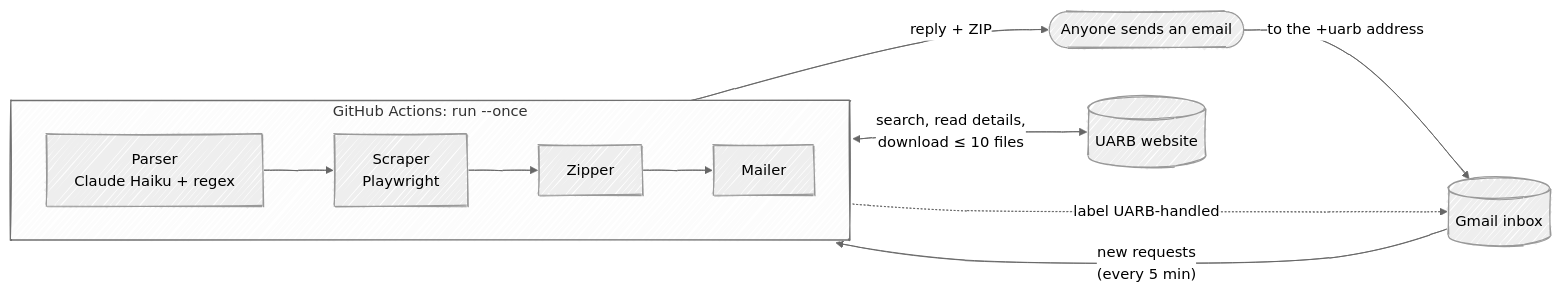
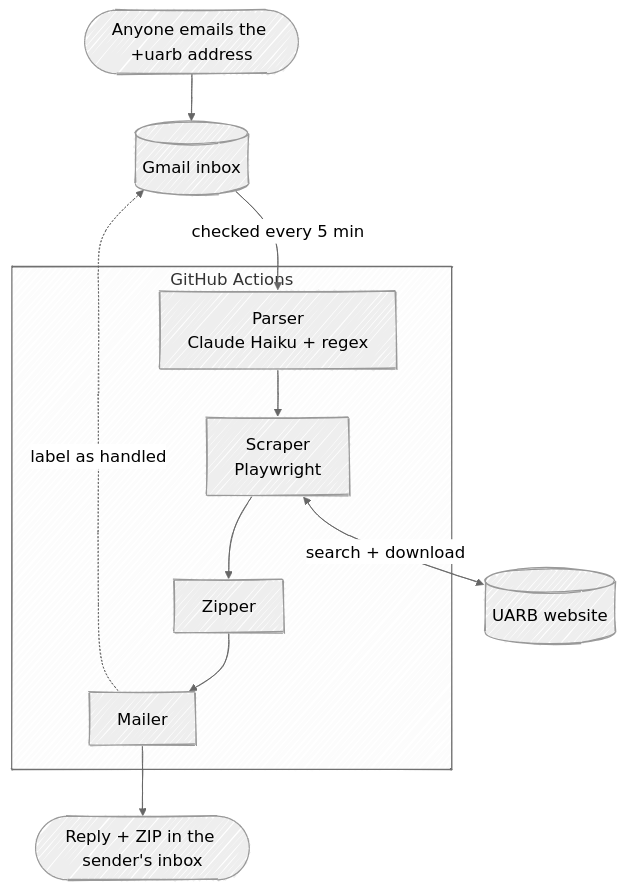
Before and after one commit to frankchen06/Regulatory-Agent-Takehome: the diagram in README.md, drawn with Mermaid.

````diff
--- a/README.md
+++ b/README.md
@@ -82,21 +82,22 @@
 ```mermaid
 ---
 config:
   look: handDrawn
   theme: neutral
+  themeVariables:
+    fontSize: 18px
 ---
-flowchart LR
-    U(["Anyone sends an email"]) -->|"to the +uarb address"| G[("Gmail inbox")]
-    G -->|"new requests<br/>(every 5 min)"| P
+flowchart TB
+    U(["Anyone emails the +uarb address"]) --> G[("Gmail inbox")]
+    G -->|"checked every 5 min"| P
 
-    subgraph A ["GitHub Actions: run --once"]
-        direction LR
+    subgraph A ["GitHub Actions"]
         P["Parser<br/>Claude Haiku + regex"] --> S["Scraper<br/>Playwright"]
         S --> Z["Zipper"]
         Z --> M["Mailer"]
     end
 
-    S <-->|"search, read details,<br/>download ≤ 10 files"| W[("UARB website")]
-    M -->|"reply + ZIP"| U
-    M -.->|"label UARB-handled"| G
+    S <-->|"search + download"| W[("UARB website")]
+    M -.->|"label as handled"| G
+    M --> R(["Reply + ZIP in the sender's inbox"])
 ```
````
